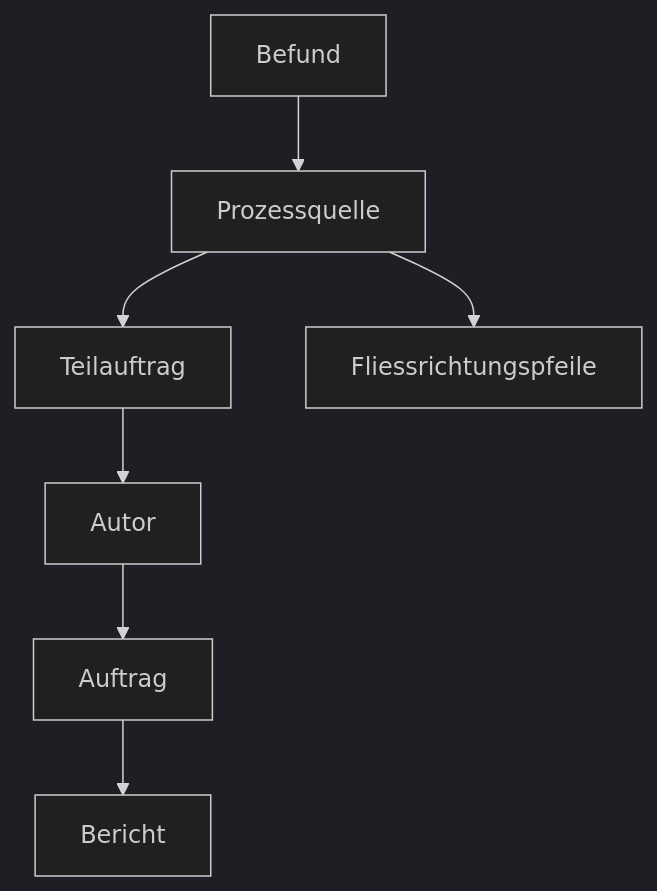
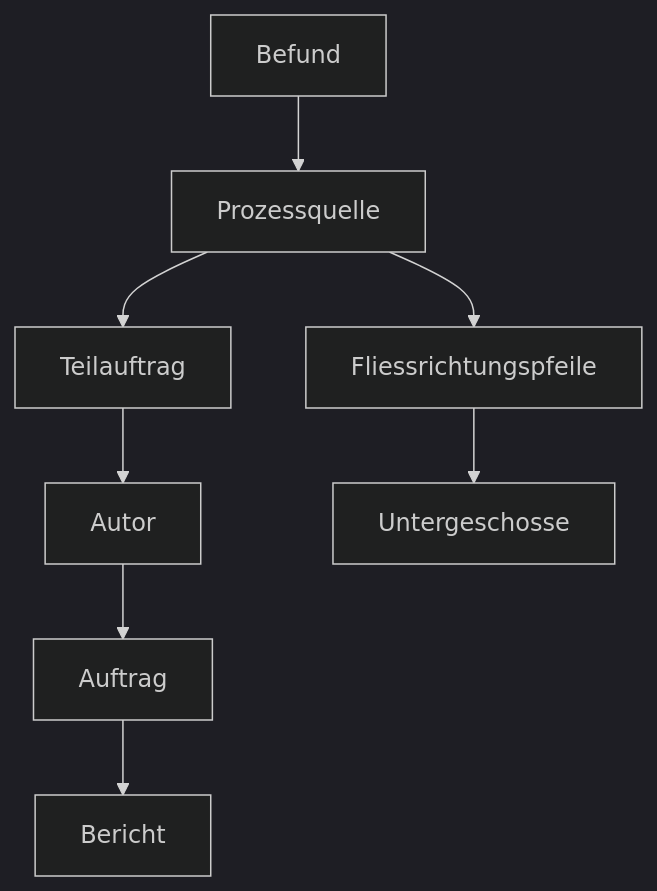
Before and after one commit to sogis/p-naturgefahren-ili: the diagram in Review_Fachmodell.md, drawn with Mermaid (dark theme). The commit also changed other lines of this file and 3 other files, not shown here.

````diff
--- a/Review_Fachmodell.md
+++ b/Review_Fachmodell.md
@@ -66,6 +56,5 @@
 ```mermaid
   graph TD;
-      Auftrag-->Bericht;
-      Prozessquelle-->Teilauftrag-->Autor-->Auftrag;
-      Befund-->Prozessquelle-->Fliessrichtungspfeile;
+      Prozessquelle-->Teilauftrag-->Autor-->Auftrag-->Bericht;
+      Befund-->Prozessquelle-->Fliessrichtungspfeile-->Untergeschosse;
 ```
````
